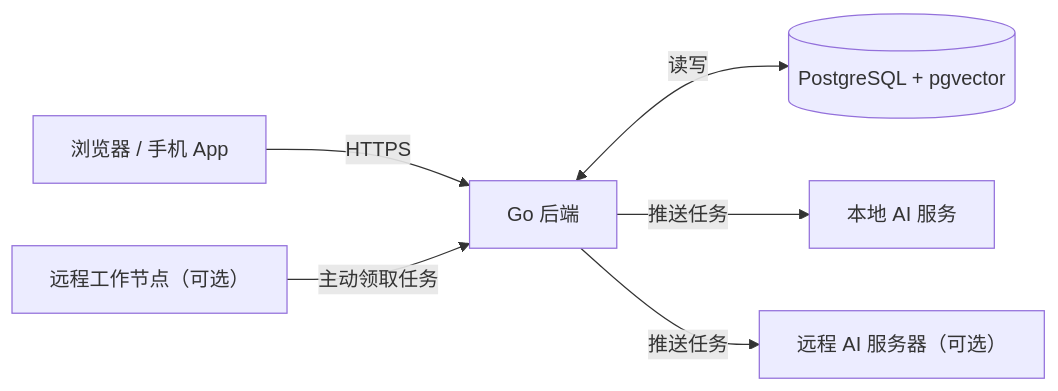
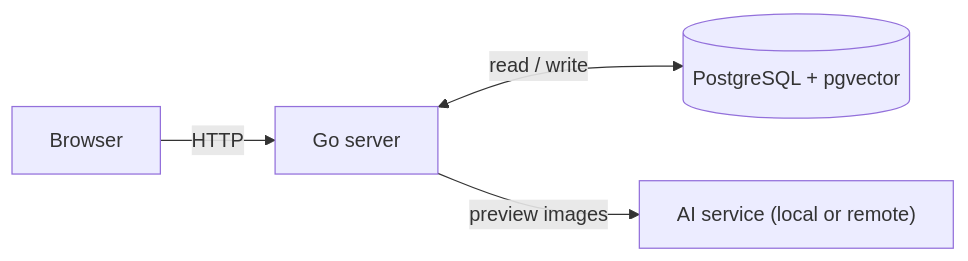
Before and after one commit to i-dj/wanmory: the diagram in README.md, drawn with Mermaid. The commit also changed other lines of this file and 3 other files, not shown here.

Commit message:
README in English by default with a Chinese version (README.zh-CN.md); add a quick start, describe only shipped features; English workflow step names; remove the outdated roadmap

````diff
--- a/README.md
+++ b/README.md
@@ -16,8 +177,6 @@
 ```mermaid
 flowchart LR
-  C["浏览器 / 手机 App"] -->|HTTPS| G["Go 后端"]
-  G <-->|读写| P[("PostgreSQL + pgvector")]
-  G -->|推送任务| L["本地 AI 服务"]
-  G -->|推送任务| R["远程 AI 服务器（可选）"]
-  W["远程工作节点（可选）"] -->|主动领取任务| G
+  B["Browser"] -->|HTTP| G["Go server"]
+  G <-->|read / write| P[("PostgreSQL + pgvector")]
+  G -->|preview images| A["AI service (local or remote)"]
 ```
````
